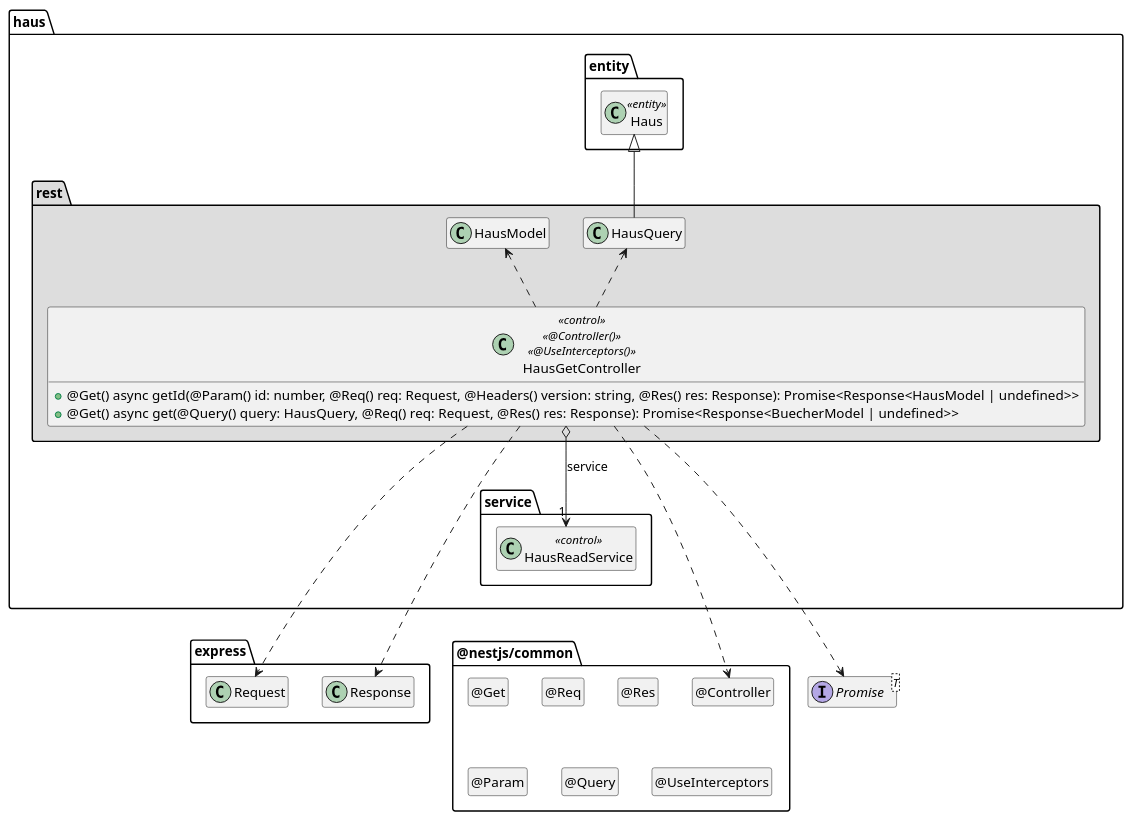
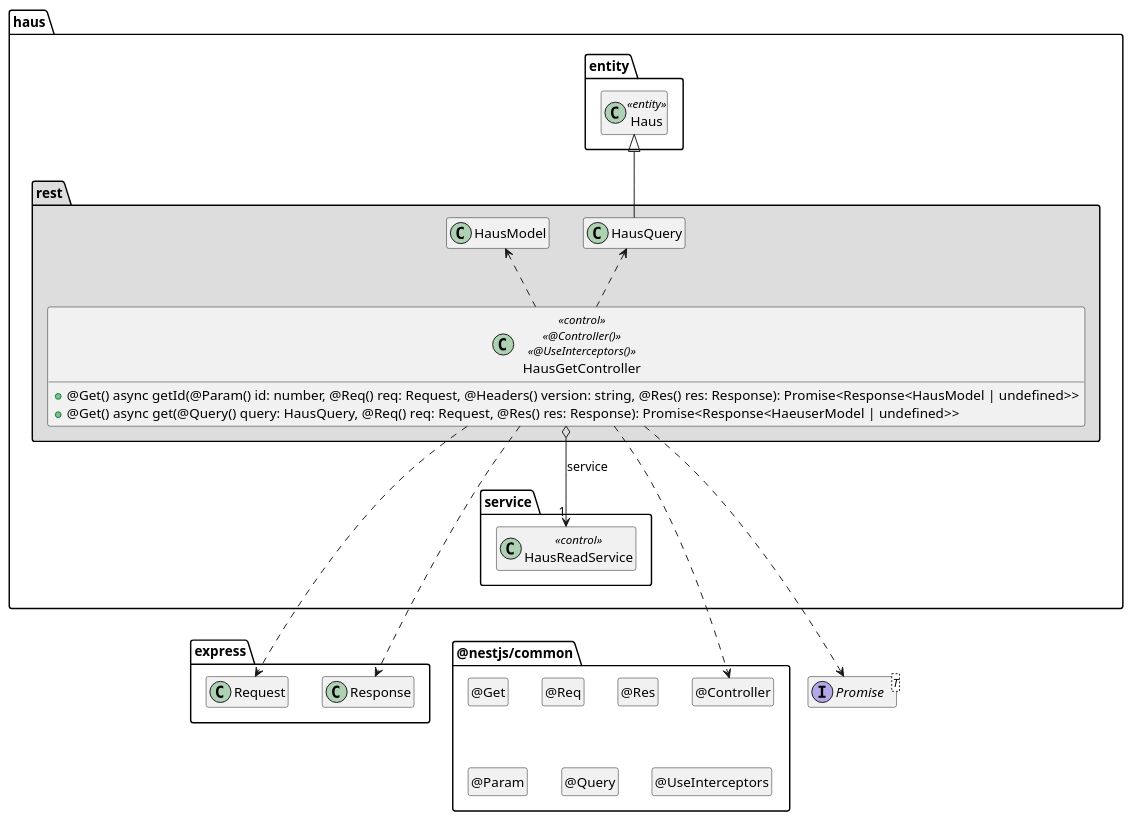
One commit to Yukasama/haus changed the diagram in .extras/doc/projekthandbuch/HausGetController.plantuml. Above: the diagram before and after it, drawn with PlantUML. The commit also changed 2 other files, not shown here.

Commit message:
PlantUML2

```diff
--- a/.extras/doc/projekthandbuch/HausGetController.plantuml
+++ b/.extras/doc/projekthandbuch/HausGetController.plantuml
@@ -1,72 +1,72 @@
 @startuml Controller-Klasse
 
 interface Promise<T>
 
 package @nestjs/common {
   class "@Controller" as Controller
   hide Controller circle
 
   class "@Get" as Get
   hide Get circle
 
   class "@Req" as Req
   hide Req circle
 
   class "@Res" as Res
   hide Res circle
 
   class "@Param" as Param
   hide Param circle
 
   class "@Query" as Query
   hide Query circle
 
   class "@UseInterceptors" as UseInterceptors
   hide UseInterceptors circle
 }
 
 package express {
   class Request
   class Response
 
   Response .[hidden].> Controller
 }
 
 package haus {
   package entity #FFFFFF {
     class Haus <<entity>>
 
     Haus .[hidden].> Promise
     Haus .[hidden].> Request
   }
 
   package service {
     class HausReadService << control >>
   }
 
   package rest #DDDDDD {
     HausQuery -up-|> Haus
 
     class HausGetController << control >> << @Controller() >> << @UseInterceptors() >> {
       + @Get() async getId(@Param() id: number, @Req() req: Request, @Headers() version: string, @Res() res: Response): Promise<Response<HausModel | undefined>>
-      + @Get() async get(@Query() query: HausQuery, @Req() req: Request,  @Res() res: Response): Promise<Response<BuecherModel | undefined>>
+      + @Get() async get(@Query() query: HausQuery, @Req() req: Request,  @Res() res: Response): Promise<Response<HaeuserModel | undefined>>
     }
 
     HausGetController o--> "1" HausReadService : service
 
     HausGetController ..> Controller
     HausGetController ..> Request
     HausGetController ..> Response
     HausGetController ..> Promise
     HausGetController .up.> HausModel
     HausGetController .up.> HausQuery
 
     HausReadService .[hidden].> Request
     HausReadService .[hidden].> Promise
     Response .right[hidden].> Controller
   }
 }
 
 hide empty members
 
 @enduml
```
